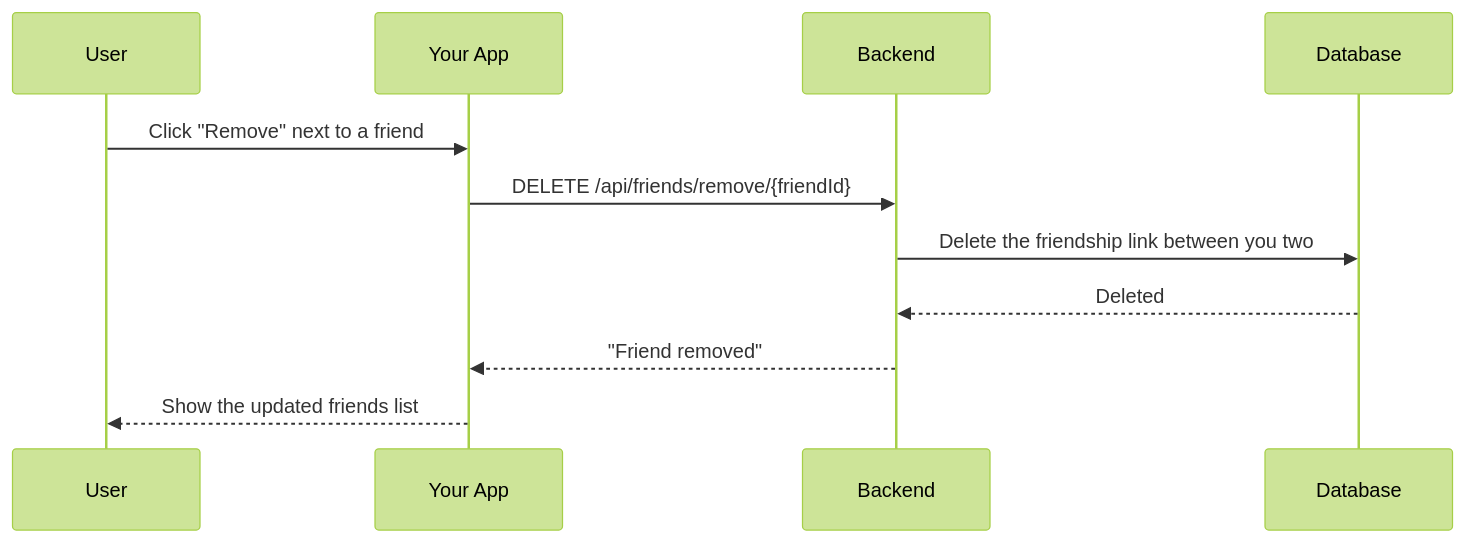
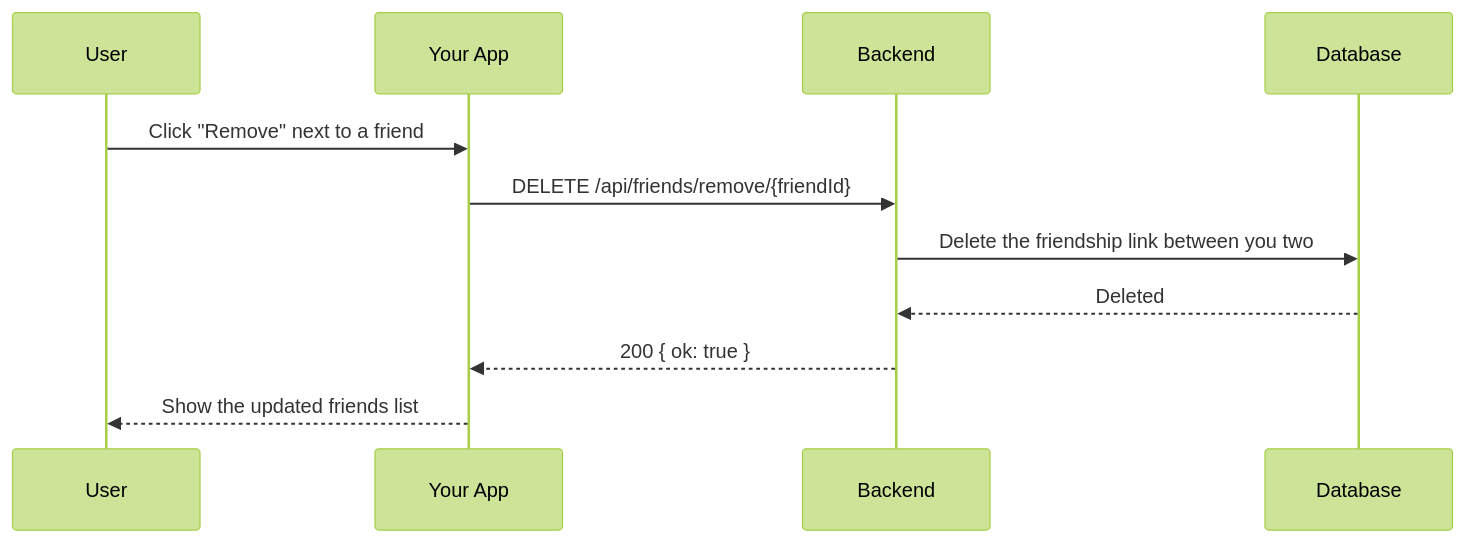
Before and after one commit to IrmaJoKerr/ft_transcendence-ludo: the fifth of 7 diagrams in docs/backend/backend-friends-module.md, drawn with Mermaid (forest theme). The commit also changed other lines of this file and 8 other files, not shown here.

````diff
--- a/docs/backend/backend-friends-module.md
+++ b/docs/backend/backend-friends-module.md
@@ -276,14 +276,14 @@
 ```mermaid
 sequenceDiagram
     participant User
     participant Site as Your App
     participant Server as Backend
     participant DB as Database
 
     User->>Site: Click "Remove" next to a friend
     Site->>Server: DELETE /api/friends/remove/{friendId}
     Server->>DB: Delete the friendship link between you two
     DB-->>Server: Deleted
-    Server-->>Site: "Friend removed"
+    Server-->>Site: 200 { ok: true }
     Site-->>User: Show the updated friends list
 ```
````
